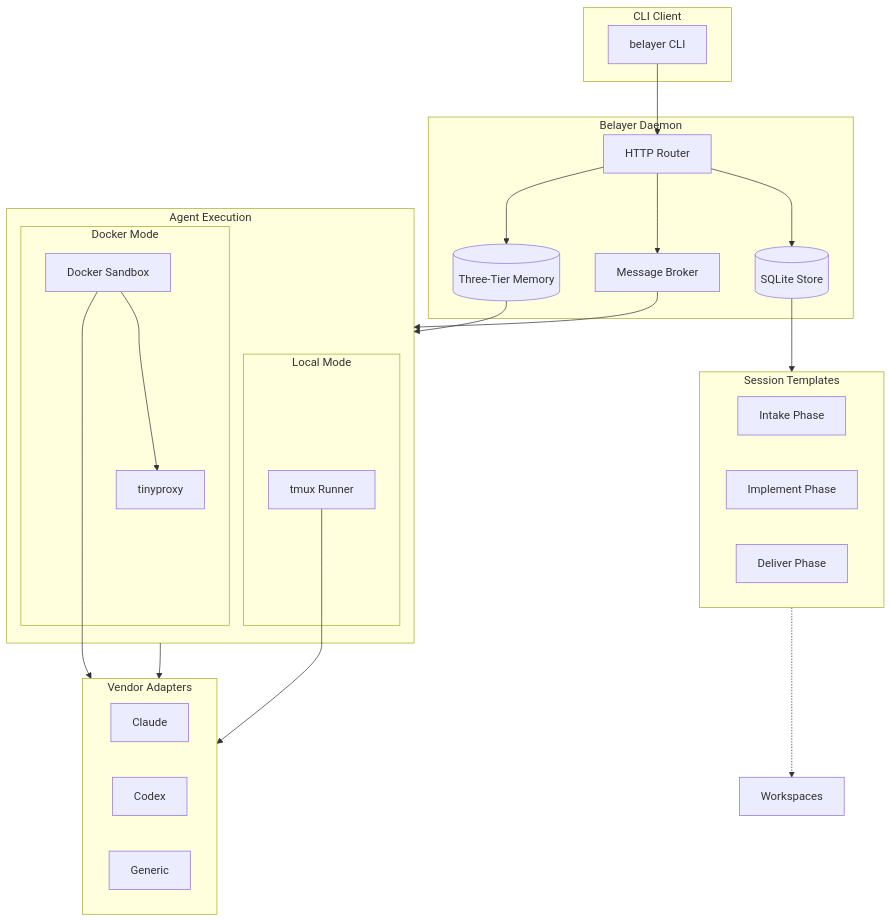
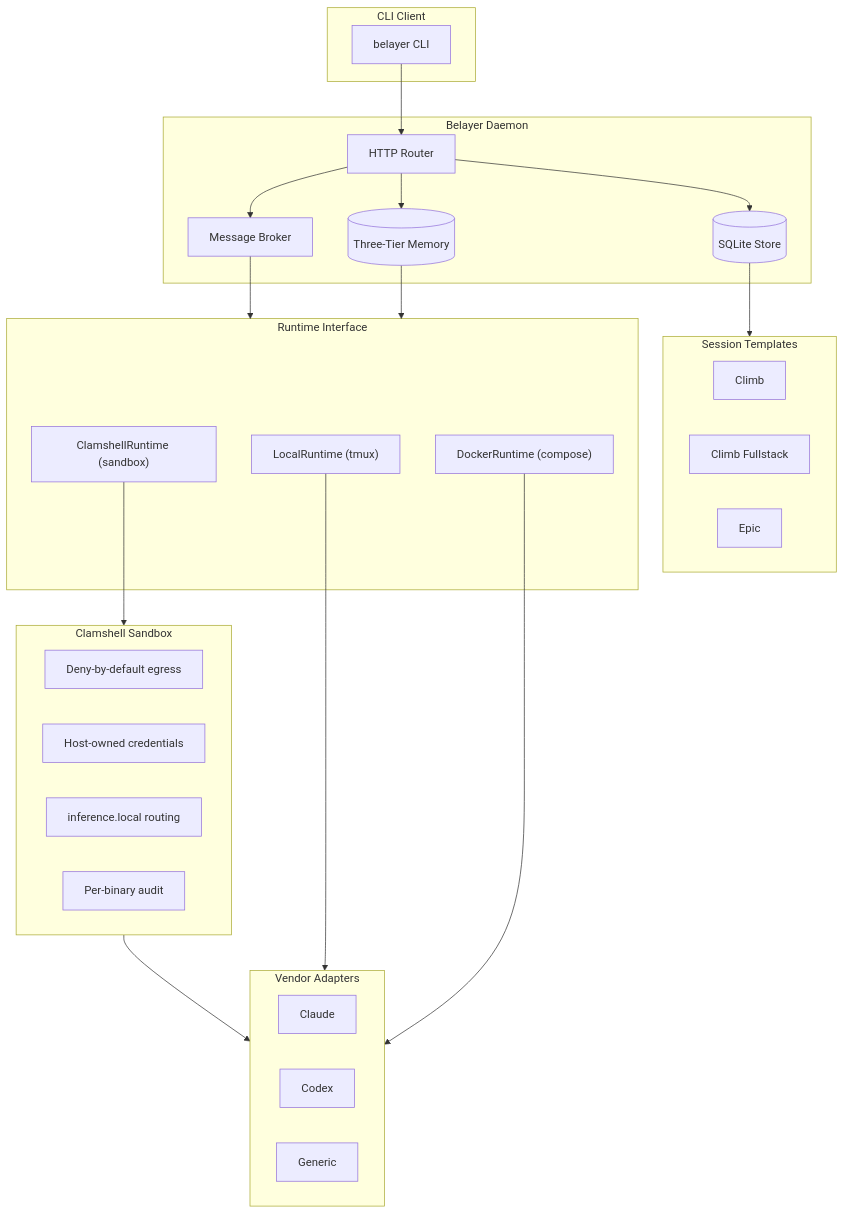
One commit to donovan-yohan/belayer changed the first of 2 diagrams in docs/ARCHITECTURE.md. Above: the diagram before and after it, drawn with Mermaid. The commit also changed other lines of this file and 2 other files, not shown here.

First line of the commit message:
docs: update README, ARCHITECTURE, and DESIGN for clamshell-based runtime

````diff
--- a/docs/ARCHITECTURE.md
+++ b/docs/ARCHITECTURE.md
@@ -13,53 +13,52 @@
 ```mermaid
 flowchart TB
     subgraph Client["CLI Client"]
         CLI["belayer CLI"]
     end
 
     subgraph Daemon["Belayer Daemon"]
         HTTP["HTTP Router"]
         Store[("SQLite Store")]
         Broker["Message Broker"]
         Memory[("Three-Tier Memory")]
     end
 
     subgraph Templates["Session Templates"]
-        Intake["Intake Phase"]
-        Implement["Implement Phase"]
-        Deliver["Deliver Phase"]
+        Climb["Climb"]
+        ClimbFS["Climb Fullstack"]
+        Epic["Epic"]
     end
 
-    subgraph Execution["Agent Execution"]
-        subgraph Local["Local Mode"]
-            Tmux["tmux Runner"]
-        end
-        
-        subgraph DockerMode["Docker Mode"]
-            Sandbox["Docker Sandbox"]
-            Proxy["tinyproxy"]
-        end
+    subgraph RuntimeLayer["Runtime Interface"]
+        Local["LocalRuntime (tmux)"]
+        ClamshellRT["ClamshellRuntime (sandbox)"]
+        DockerRT["DockerRuntime (compose)"]
+    end
+
+    subgraph Isolation["Clamshell Sandbox"]
+        Policy["Deny-by-default egress"]
+        Creds["Host-owned credentials"]
+        Proxy["inference.local routing"]
+        Audit["Per-binary audit"]
     end
 
     subgraph Vendors["Vendor Adapters"]
         Claude["Claude"]
         Codex["Codex"]
         Generic["Generic"]
     end
 
     CLI --> HTTP
     HTTP --> Store
     HTTP --> Broker
     HTTP --> Memory
     
     Store --> Templates
-    Broker --> Execution
-    Memory --> Execution
+    Broker --> RuntimeLayer
+    Memory --> RuntimeLayer
     
-    Execution --> Vendors
-    
-    Templates -.-> Workspaces
-    
-    Tmux --> Vendors
-    Sandbox --> Vendors
-    Sandbox --> Proxy
+    ClamshellRT --> Isolation
+    Isolation --> Vendors
+    Local --> Vendors
+    DockerRT --> Vendors
 ```
````
